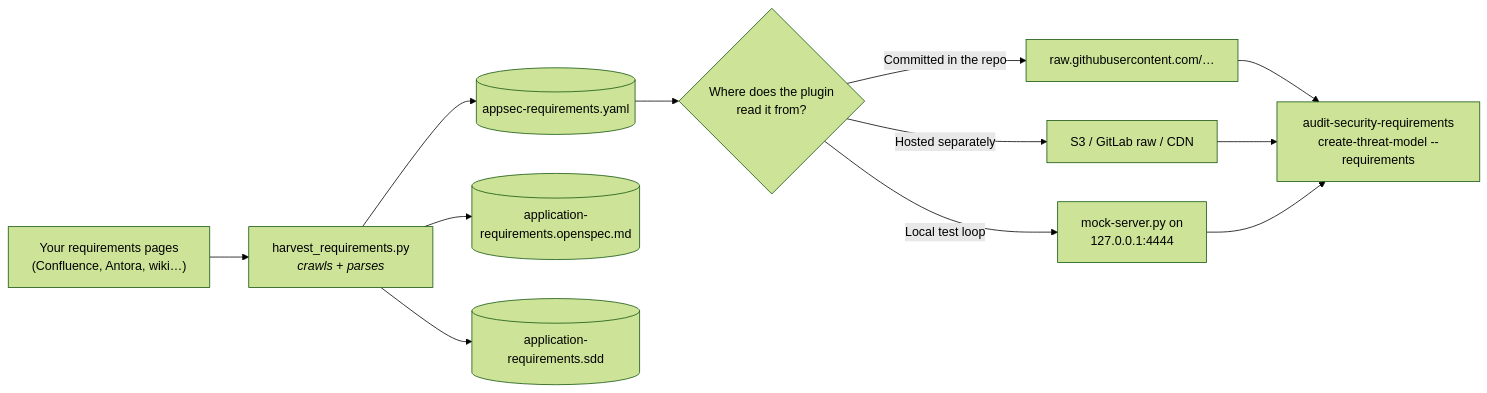
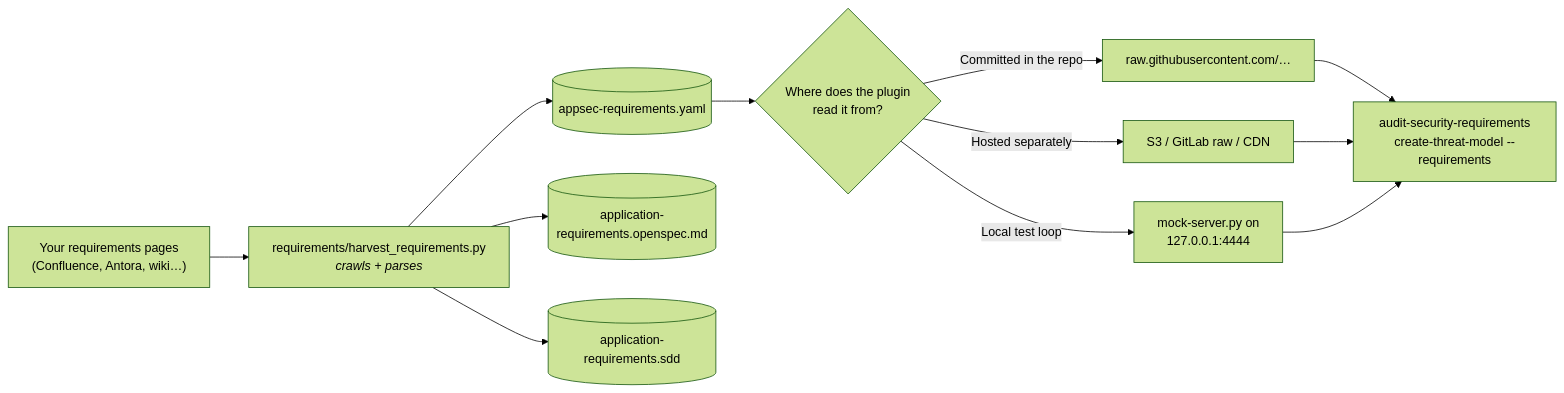
The diagram in docs/harvester.md (appsec-foundry/appsec-analyzer), drawn with Mermaid (forest theme) before and after one commit. The commit also changed other lines of this file and 923 other files, not shown here.

````diff
--- a/docs/harvester.md
+++ b/docs/harvester.md
@@ -7,14 +7,14 @@
 ```mermaid
 flowchart LR
-    A["Your requirements pages<br/>(Confluence, Antora, wiki…)"] --> B["harvest_requirements.py<br/><i>crawls + parses</i>"]
+    A["Your requirements pages<br/>(Confluence, Antora, wiki…)"] --> B["requirements/harvest_requirements.py<br/><i>crawls + parses</i>"]
     B --> C[("appsec-requirements.yaml")]
     B --> I[("application-requirements.openspec.md")]
     B --> J[("application-requirements.sdd")]
     C --> D{"Where does the plugin<br/>read it from?"}
     D -->|"Committed in the repo"| E["raw.githubusercontent.com/…"]
     D -->|"Hosted separately"| F["S3 / GitLab raw / CDN"]
     D -->|"Local test loop"| G["mock-server.py on<br/>127.0.0.1:4444"]
     E --> H["audit-security-requirements<br/>create-threat-model --requirements"]
     F --> H
     G --> H
 ```
````
